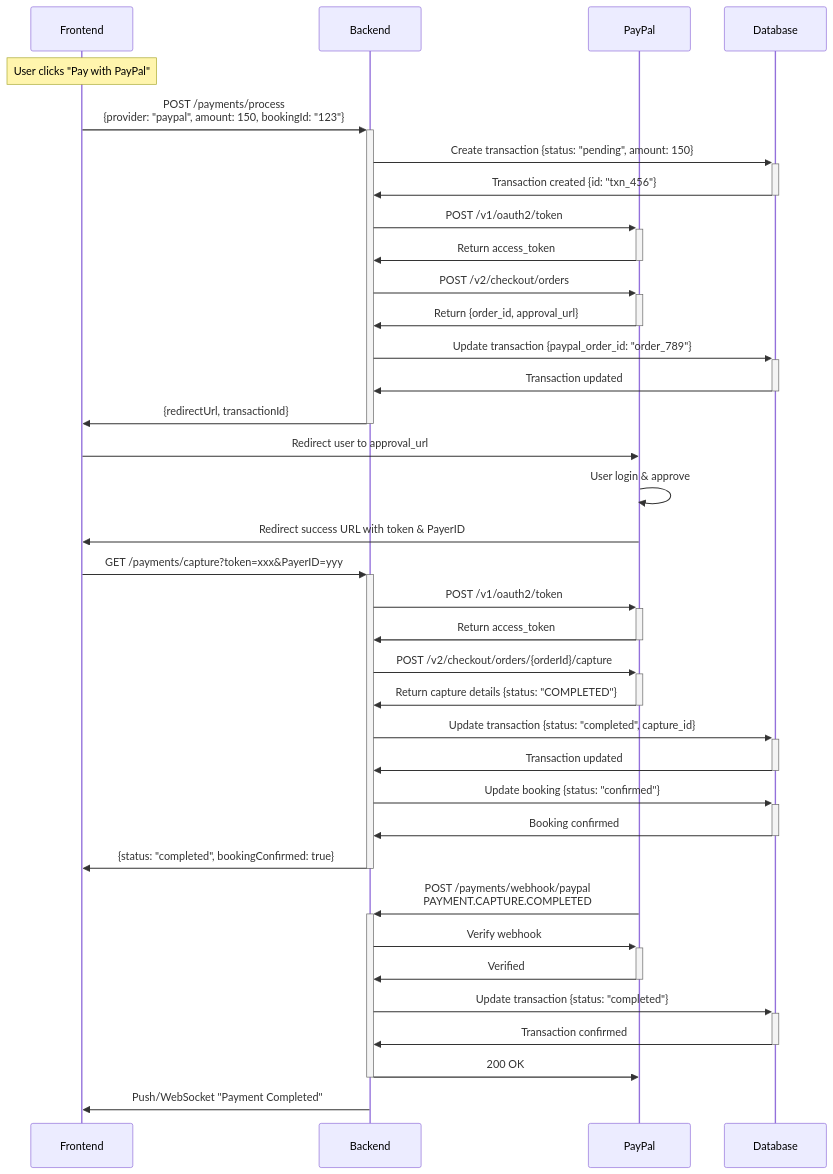
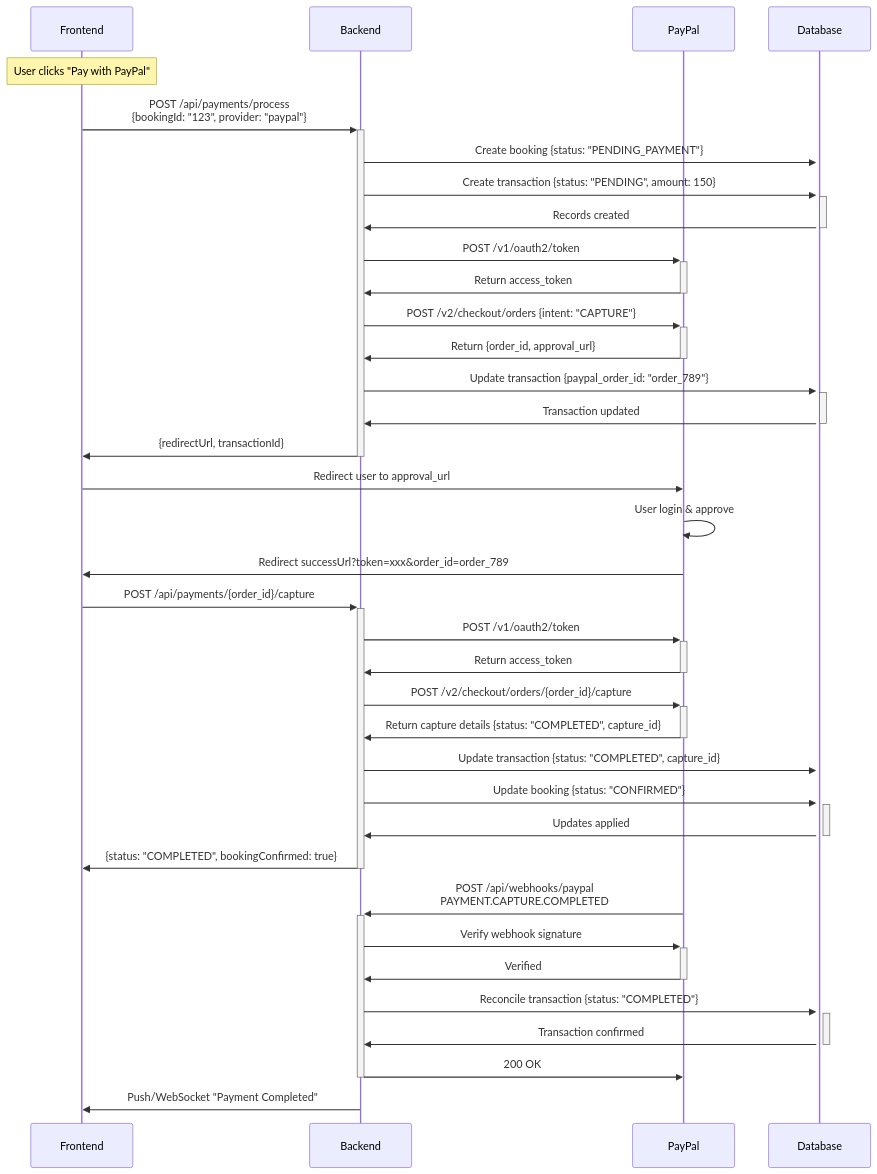
The diagram in diagrams/payment-success-case.mmd (randa-magdy/booking-platform-doc), drawn with Mermaid before and after one commit. The commit also changed 13 other files, not shown here.

Commit message:
- update flowchart & some of sequence diagrams - remove unused files & img

```diff
--- a/diagrams/payment-success-case.mmd
+++ b/diagrams/payment-success-case.mmd
@@ -1,52 +1,52 @@
 sequenceDiagram
     participant FE as Frontend
     participant BE as Backend
     participant PP as PayPal
     participant DB as Database
     
     Note over FE: User clicks "Pay with PayPal"
     
     %% Phase 1: Payment Request
-    FE->>+BE: POST /payments/process<br/>{provider: "paypal", amount: 150, bookingId: "123"}
-    BE->>+DB: Create transaction {status: "pending", amount: 150}
-    DB->>-BE: Transaction created {id: "txn_456"}
+    FE->>+BE: POST /api/payments/process<br/>{bookingId: "123", provider: "paypal"}
+    BE->>+DB: Create booking {status: "PENDING_PAYMENT"}
+    BE->>+DB: Create transaction {status: "PENDING", amount: 150}
+    DB->>-BE: Records created
     
     BE->>+PP: POST /v1/oauth2/token
     PP->>-BE: Return access_token
     
-    BE->>+PP: POST /v2/checkout/orders
+    BE->>+PP: POST /v2/checkout/orders {intent: "CAPTURE"}
     PP->>-BE: Return {order_id, approval_url}
     
     BE->>+DB: Update transaction {paypal_order_id: "order_789"}
     DB->>-BE: Transaction updated
     
     BE->>-FE: {redirectUrl, transactionId}
     
     %% Phase 2: User Approval
     FE->>PP: Redirect user to approval_url
     PP->>PP: User login & approve
-    PP->>FE: Redirect success URL with token & PayerID
+    PP->>FE: Redirect successUrl?token=xxx&order_id=order_789
     
     %% Phase 2.5: Capture
-    FE->>+BE: GET /payments/capture?token=xxx&PayerID=yyy
+    FE->>+BE: POST /api/payments/{order_id}/capture
     BE->>+PP: POST /v1/oauth2/token
     PP->>-BE: Return access_token
-    BE->>+PP: POST /v2/checkout/orders/{orderId}/capture
-    PP->>-BE: Return capture details {status: "COMPLETED"}
+    BE->>+PP: POST /v2/checkout/orders/{order_id}/capture
+    PP->>-BE: Return capture details {status: "COMPLETED", capture_id}
     
-    BE->>+DB: Update transaction {status: "completed", capture_id}
-    DB->>-BE: Transaction updated
-    BE->>+DB: Update booking {status: "confirmed"}
-    DB->>-BE: Booking confirmed
-    BE->>-FE: {status: "completed", bookingConfirmed: true}
+    BE->>+DB: Update transaction {status: "COMPLETED", capture_id}
+    BE->>+DB: Update booking {status: "CONFIRMED"}
+    DB->>-BE: Updates applied
+    BE->>-FE: {status: "COMPLETED", bookingConfirmed: true}
     
     %% Phase 3: Webhook
-    PP->>+BE: POST /payments/webhook/paypal<br/>PAYMENT.CAPTURE.COMPLETED
-    BE->>+PP: Verify webhook
+    PP->>+BE: POST /api/webhooks/paypal<br/>PAYMENT.CAPTURE.COMPLETED
+    BE->>+PP: Verify webhook signature
     PP->>-BE: Verified
-    BE->>+DB: Update transaction {status: "completed"}
+    BE->>+DB: Reconcile transaction {status: "COMPLETED"}
     DB->>-BE: Transaction confirmed
     BE->>-PP: 200 OK
     
     %% Optional Notify
     BE->>FE: Push/WebSocket "Payment Completed"
```
